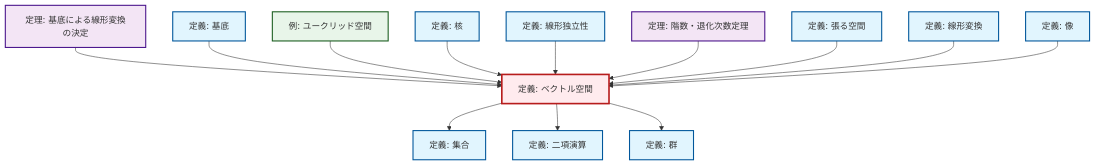
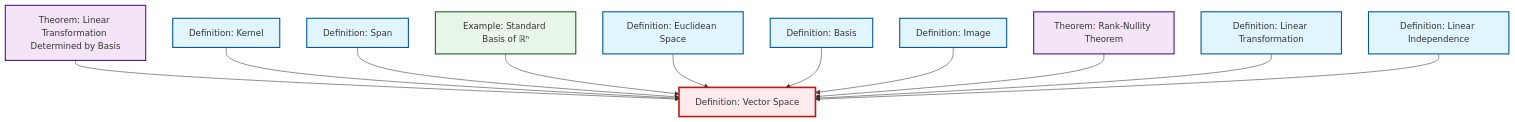
One commit to RK0429/ModernMath changed the diagram in content/ja/algebra/def-vector-space.qmd. Above: the diagram before and after it, drawn with Mermaid. The commit also changed 203 other files, not shown here.

````diff
--- a/content/ja/algebra/def-vector-space.qmd
+++ b/content/ja/algebra/def-vector-space.qmd
@@ -49,48 +49,31 @@
 ```{mermaid}
-%%| fig-cap: "局所依存関係グラフ"
+%%| fig-cap: "Local dependency graph"
 graph TD
     classDef definition fill:#e1f5fe,stroke:#01579b,stroke-width:2px
     classDef theorem fill:#f3e5f5,stroke:#4a148c,stroke-width:2px
     classDef axiom fill:#fff3e0,stroke:#e65100,stroke-width:2px
     classDef example fill:#e8f5e9,stroke:#1b5e20,stroke-width:2px
     classDef current fill:#ffebee,stroke:#b71c1c,stroke-width:3px
-    def-linear-independence["定義: 線形独立性"]:::definition
-    def-span["定義: 張る空間"]:::definition
-    def-group["定義: 群"]:::definition
-    thm-rank-nullity["定理: 階数・退化次数定理"]:::theorem
-    def-basis["定義: 基底"]:::definition
-    ex-euclidean-space["例: ユークリッド空間"]:::example
-    def-image["定義: 像"]:::definition
-    def-linear-transformation["定義: 線形変換"]:::definition
-    def-binary-operation["定義: 二項演算"]:::definition
-    thm-linear-transformation-basis["定理: 基底による線形変換の決定"]:::theorem
-    def-set["定義: 集合"]:::definition
-    def-vector-space["定義: ベクトル空間"]:::definition
-    def-kernel["定義: 核"]:::definition
+    def-linear-independence["Definition: Linear Independence"]:::definition
+    def-basis["Definition: Basis"]:::definition
+    def-kernel["Definition: Kernel"]:::definition
+    def-linear-transformation["Definition: Linear Transformation"]:::definition
+    thm-linear-transformation-basis["Theorem: Linear Transformation Determined by Basis"]:::theorem
+    ex-standard-basis-rn["Example: Standard Basis of ℝⁿ"]:::example
+    def-span["Definition: Span"]:::definition
+    thm-rank-nullity["Theorem: Rank-Nullity Theorem"]:::theorem
+    def-vector-space["Definition: Vector Space"]:::definition
+    def-euclidean-space["Definition: Euclidean Space"]:::definition
+    def-image["Definition: Image"]:::definition
     thm-linear-transformation-basis --> def-vector-space
+    def-kernel --> def-vector-space
+    def-span --> def-vector-space
+    ex-standard-basis-rn --> def-vector-space
+    def-euclidean-space --> def-vector-space
     def-basis --> def-vector-space
-    ex-euclidean-space --> def-vector-space
-    def-kernel --> def-vector-space
+    def-image --> def-vector-space
+    thm-rank-nullity --> def-vector-space
+    def-linear-transformation --> def-vector-space
     def-linear-independence --> def-vector-space
-    thm-rank-nullity --> def-vector-space
-    def-span --> def-vector-space
-    def-vector-space --> def-set
-    def-vector-space --> def-binary-operation
-    def-linear-transformation --> def-vector-space
-    def-image --> def-vector-space
-    def-vector-space --> def-group
     class def-vector-space current
-
-    click def-linear-independence "def-linear-independence.html" "Go to 定義: 線形独立性"
-    click def-span "def-span.html" "Go to 定義: 張る空間"
-    click def-group "def-group.html" "Go to 定義: 群"
-    click thm-rank-nullity "thm-rank-nullity.html" "Go to 定理: 階数・退化次数定理"
-    click def-basis "def-basis.html" "Go to 定義: 基底"
-    click ex-euclidean-space "ex-euclidean-space.html" "Go to 例: ユークリッド空間"
-    click def-image "def-image.html" "Go to 定義: 像"
-    click def-linear-transformation "def-linear-transformation.html" "Go to 定義: 線形変換"
-    click def-binary-operation "def-binary-operation.html" "Go to 定義: 二項演算"
-    click thm-linear-transformation-basis "thm-linear-transformation-basis.html" "Go to 定理: 基底による線形変換の決定"
-    click def-set "def-set.html" "Go to 定義: 集合"
-    click def-kernel "def-kernel.html" "Go to 定義: 核"
 ```
````
